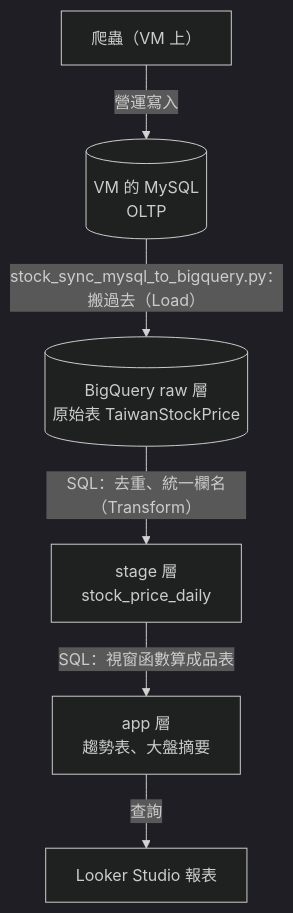
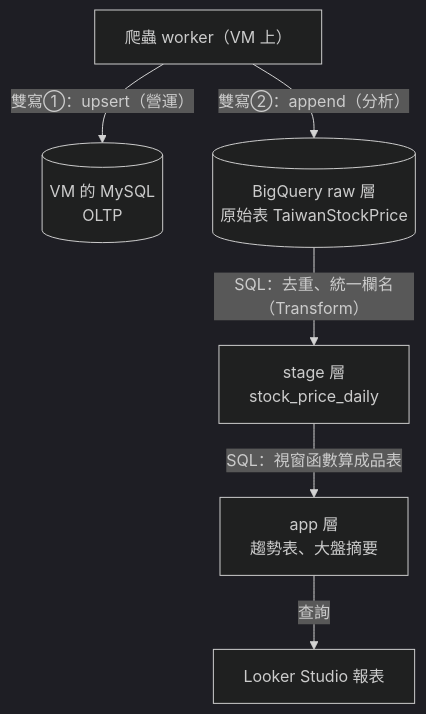
Before and after one commit to lu791019/stock-crawler-de-course-materials: the diagram in 課程手冊/課程手冊15 - BigQuery資料倉儲.md, drawn with Mermaid (dark theme). The commit also changed other lines of this file and 1 other file, not shown here.

Commit message:
docs: 手冊15 大改——雙寫詳解（讀碼段⓪四個設計決定）、OLTP/OLAP 加同一筆資料兩個命運對照、BQ 亮點四連發（公開資料集14億筆/dry run 三段/Time Travel 兩步復原/BQML 線性回歸，全 BQ 實跑）、補充亮點（MV/INFORMATION_SCHEMA/Scheduled Queries）、三層 raw 由爬蟲餵、金鑰退居本機補充、T-1 改 VM 身分、檢查表/練習/排錯/總結全鏈同步

````diff
--- a/課程手冊/課程手冊15 - BigQuery資料倉儲.md
+++ b/課程手冊/課程手冊15 - BigQuery資料倉儲.md
@@ -57,8 +70,8 @@
 ```mermaid
 flowchart TD
-    C["爬蟲（VM 上）"] -->|營運寫入| M[("VM 的 MySQL<br/>OLTP")]
-    M -->|"stock_sync_mysql_to_bigquery.py：搬過去（Load）"| R[("BigQuery raw 層<br/>原始表 TaiwanStockPrice")]
+    C["爬蟲 worker（VM 上）"] -->|"雙寫①：upsert（營運）"| M[("VM 的 MySQL<br/>OLTP")]
+    C -->|"雙寫②：append（分析）"| R[("BigQuery raw 層<br/>原始表 TaiwanStockPrice")]
     R -->|"SQL：去重、統一欄名（Transform）"| S["stage 層<br/>stock_price_daily"]
     S -->|"SQL：視窗函數算成品表"| A["app 層<br/>趨勢表、大盤摘要"]
     A -->|查詢| BI["Looker Studio 報表"]
 ```
````
